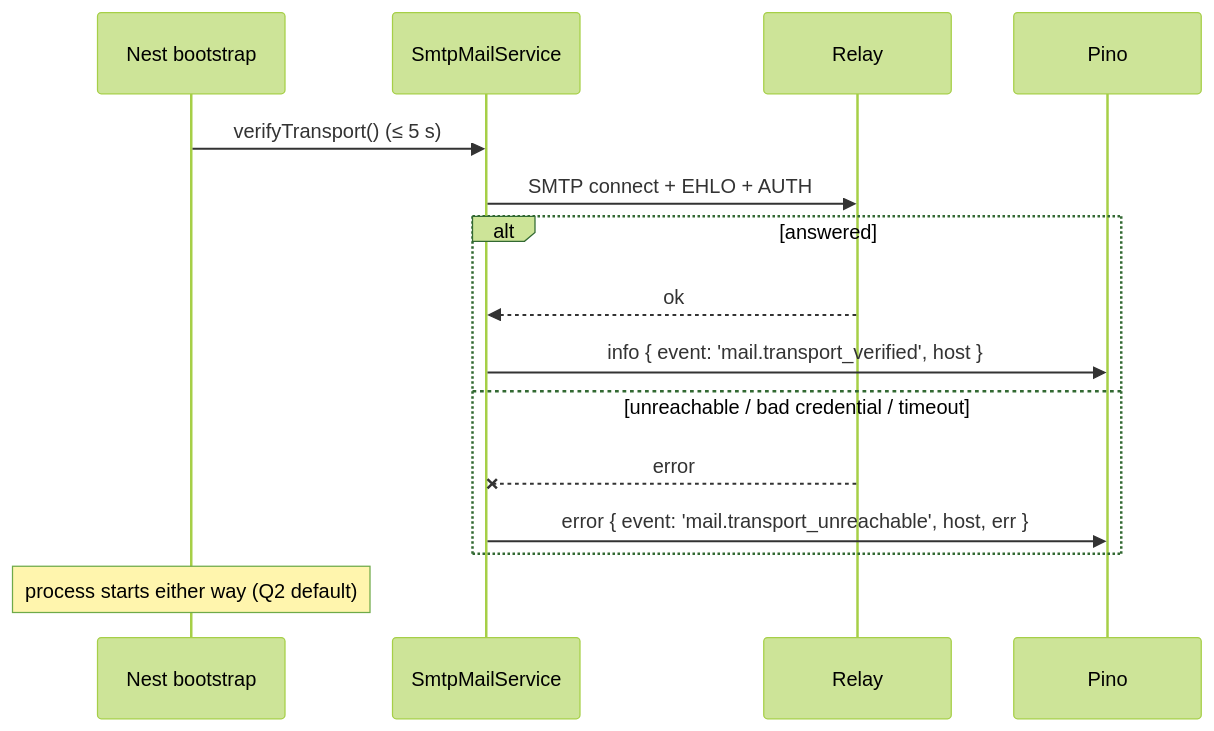
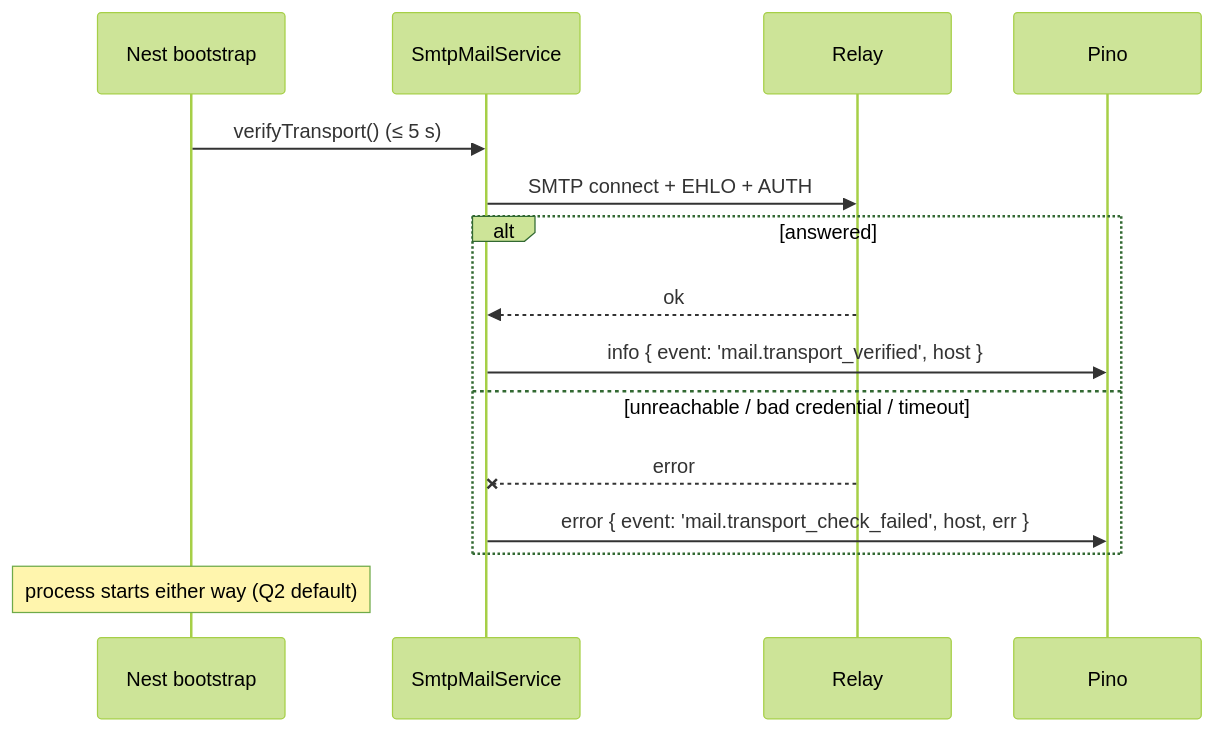
Before and after one commit to HuttonHomeHub/SchedulePoint_1: the third of 4 diagrams in docs/specs/mail-delivery-failure-visibility/feature-spec.md, drawn with Mermaid (forest theme). The commit also changed other lines of this file and 26 other files, not shown here.

````diff
--- a/docs/specs/mail-delivery-failure-visibility/feature-spec.md
+++ b/docs/specs/mail-delivery-failure-visibility/feature-spec.md
@@ -526,17 +540,17 @@
 ```mermaid
 sequenceDiagram
   participant N as Nest bootstrap
   participant M as SmtpMailService
   participant R as Relay
   participant L as Pino
   N->>M: verifyTransport() (≤ 5 s)
   M->>R: SMTP connect + EHLO + AUTH
   alt answered
     R-->>M: ok
     M->>L: info { event: 'mail.transport_verified', host }
   else unreachable / bad credential / timeout
     R--xM: error
-    M->>L: error { event: 'mail.transport_unreachable', host, err }
+    M->>L: error { event: 'mail.transport_check_failed', host, err }
   end
   Note over N: process starts either way (Q2 default)
 ```
````
